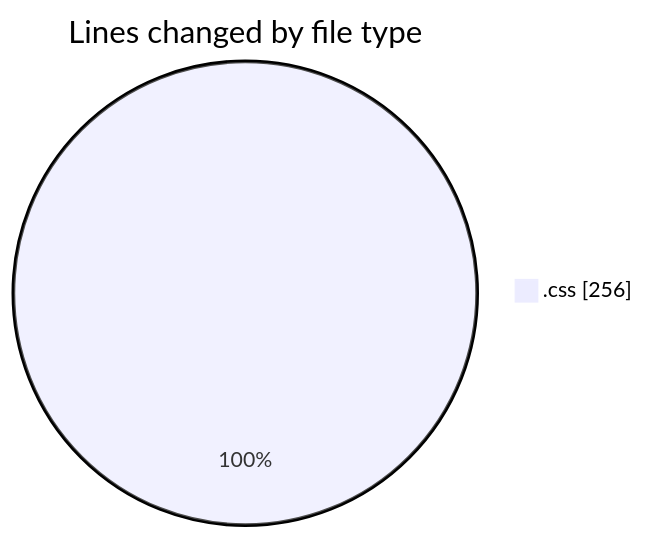
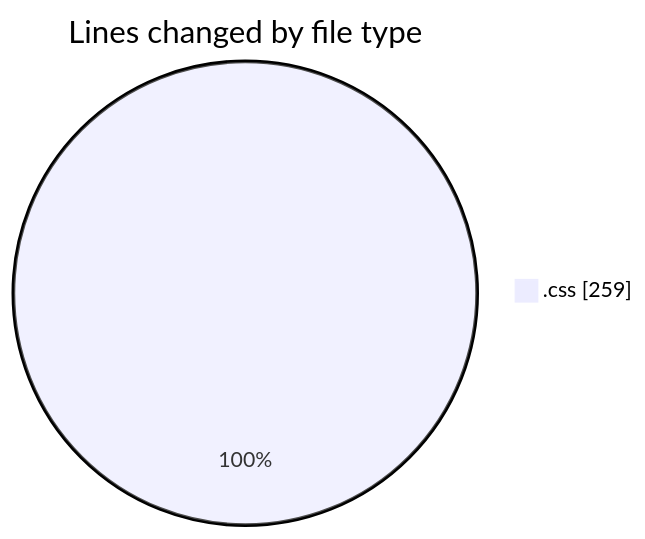
Before and after one commit to MatusMokan/code-tracking: the first of 2 diagrams in 2026-07-17/pythonprojects/README.md, drawn with Mermaid. The commit also changed other lines of this file and 1 other file, not shown here.

````diff
--- a/2026-07-17/pythonprojects/README.md
+++ b/2026-07-17/pythonprojects/README.md
@@ -20,5 +20,5 @@
 ```mermaid
 pie showData
 title Lines changed by file type
-".css" : 256
+".css" : 259
 ```
````
